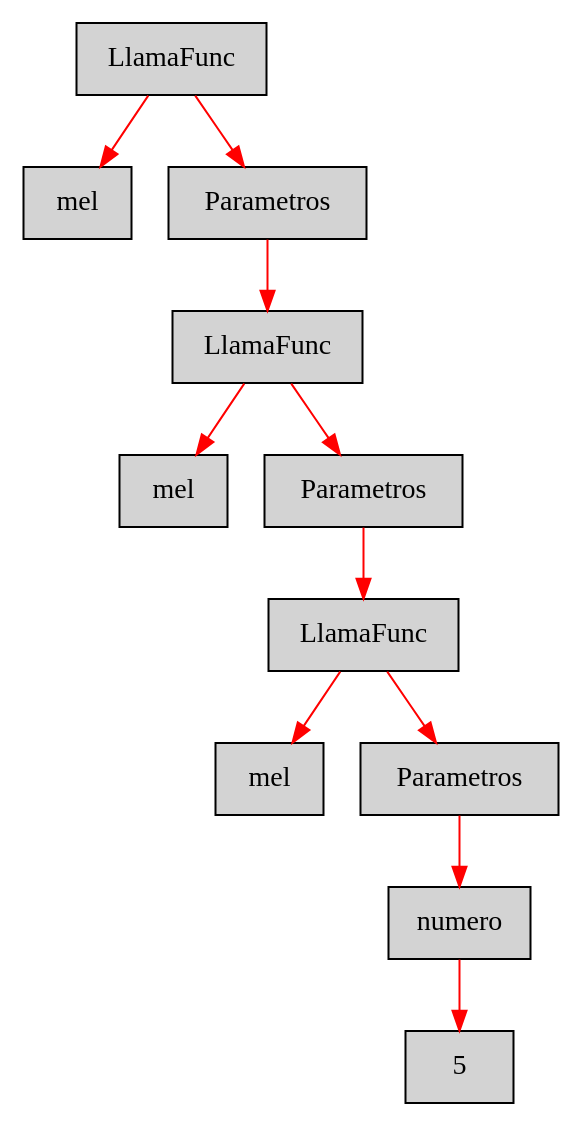
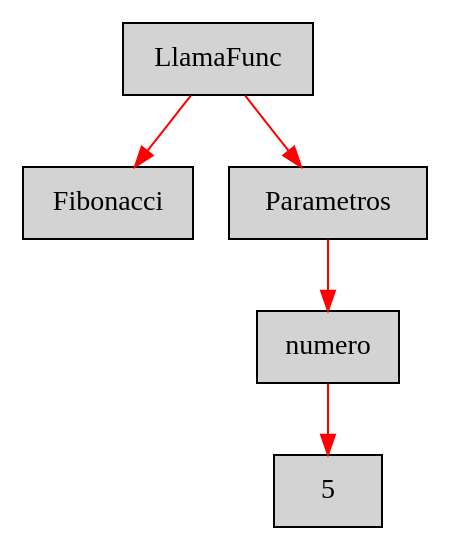
The diagram in AstConsola.dot (k12melissalima09sandoval/Proyecto), drawn with Graphviz before and after one commit. The commit also changed 6 other files, not shown here.

```diff
--- a/AstConsola.dot
+++ b/AstConsola.dot
@@ -1,14 +1,8 @@
 digraph G {node[shape=box, style=filled]; edge[color=red]
-node1059078174[label="LlamaFunc"];
- node1059078174->node1087070454;node1087070454[label="mel"];
- node1059078174->node1166778180;node1166778180[label="Parametros"];
- node1166778180->node1409898833;node1409898833[label="LlamaFunc"];
- node1409898833->node1762972542;node1762972542[label="mel"];
- node1409898833->node1925436026;node1925436026[label="Parametros"];
- node1925436026->node1806369497;node1806369497[label="LlamaFunc"];
- node1806369497->node1979059500;node1979059500[label="mel"];
- node1806369497->node976662479;node976662479[label="Parametros"];
- node976662479->node1451948785;node1451948785[label="numero"];
- node1451948785->node1703188275;node1703188275[label="5"];
+node127541189[label="LlamaFunc"];
+ node127541189->node872554162;node872554162[label="Fibonacci"];
+ node127541189->node341044600;node341044600[label="Parametros"];
+ node341044600->node1315087587;node1315087587[label="numero"];
+ node1315087587->node424804061;node424804061[label="5"];
 
 }
```
